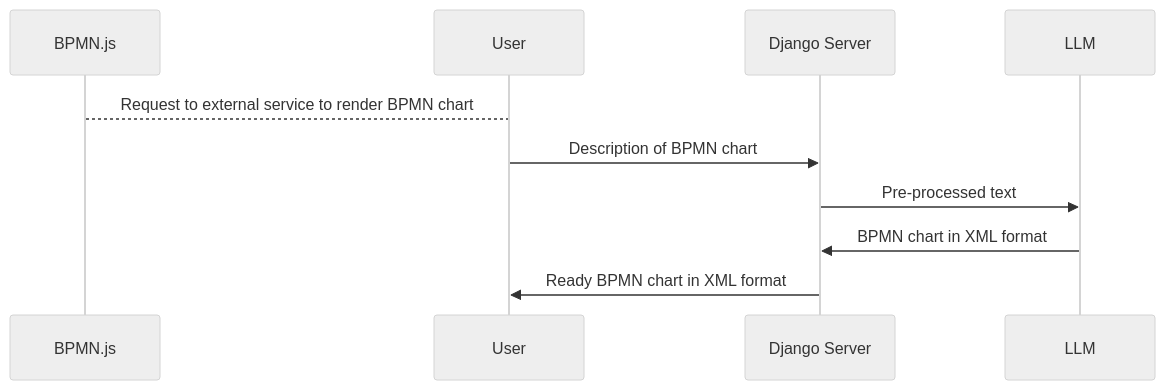
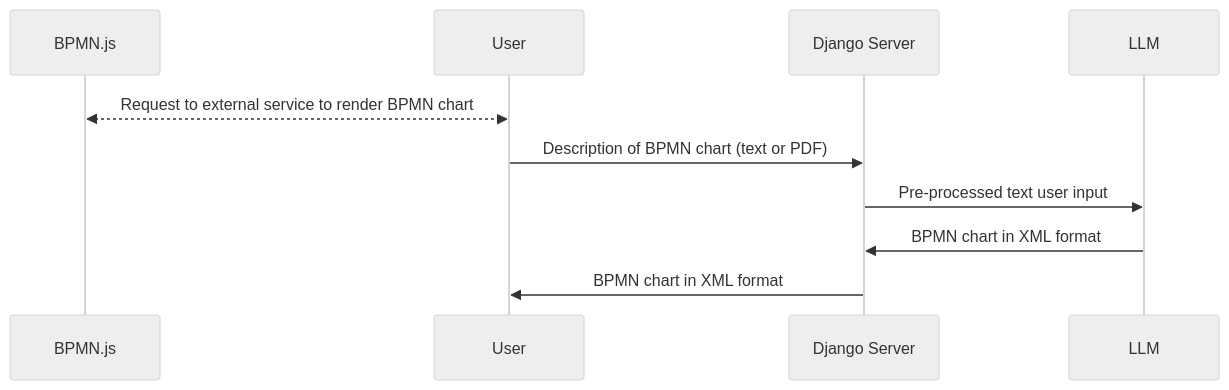
One commit to IchTroje/Diagrams-AI changed the first of 2 diagrams in README.md. Above: the diagram before and after it, drawn with Mermaid (neutral theme). The commit also changed other lines of this file, not shown here.

````diff
--- a/README.md
+++ b/README.md
@@ -3,8 +4,8 @@
 ```mermaid
 sequenceDiagram
-BPMN.js --> User: Request to external service to render BPMN chart
-User ->> Django Server: Description of BPMN chart
-Django Server ->> LLM: Pre-processed text
+BPMN.js <<-->> User: Request to external service to render BPMN chart
+User ->> Django Server: Description of BPMN chart (text or PDF)
+Django Server ->> LLM: Pre-processed text user input
 LLM ->> Django Server: BPMN chart in XML format
-Django Server ->> User: Ready BPMN chart in XML format
+Django Server ->> User: BPMN chart in XML format
 ```
````
